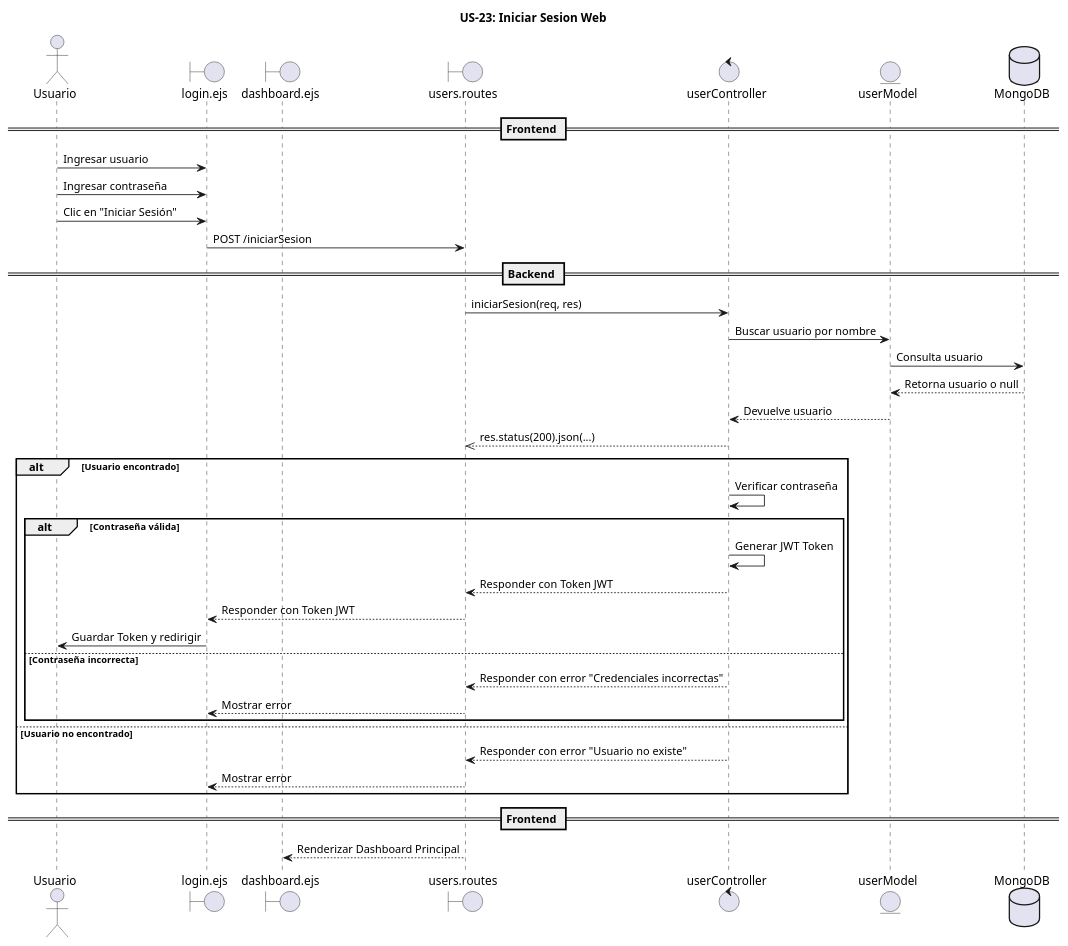
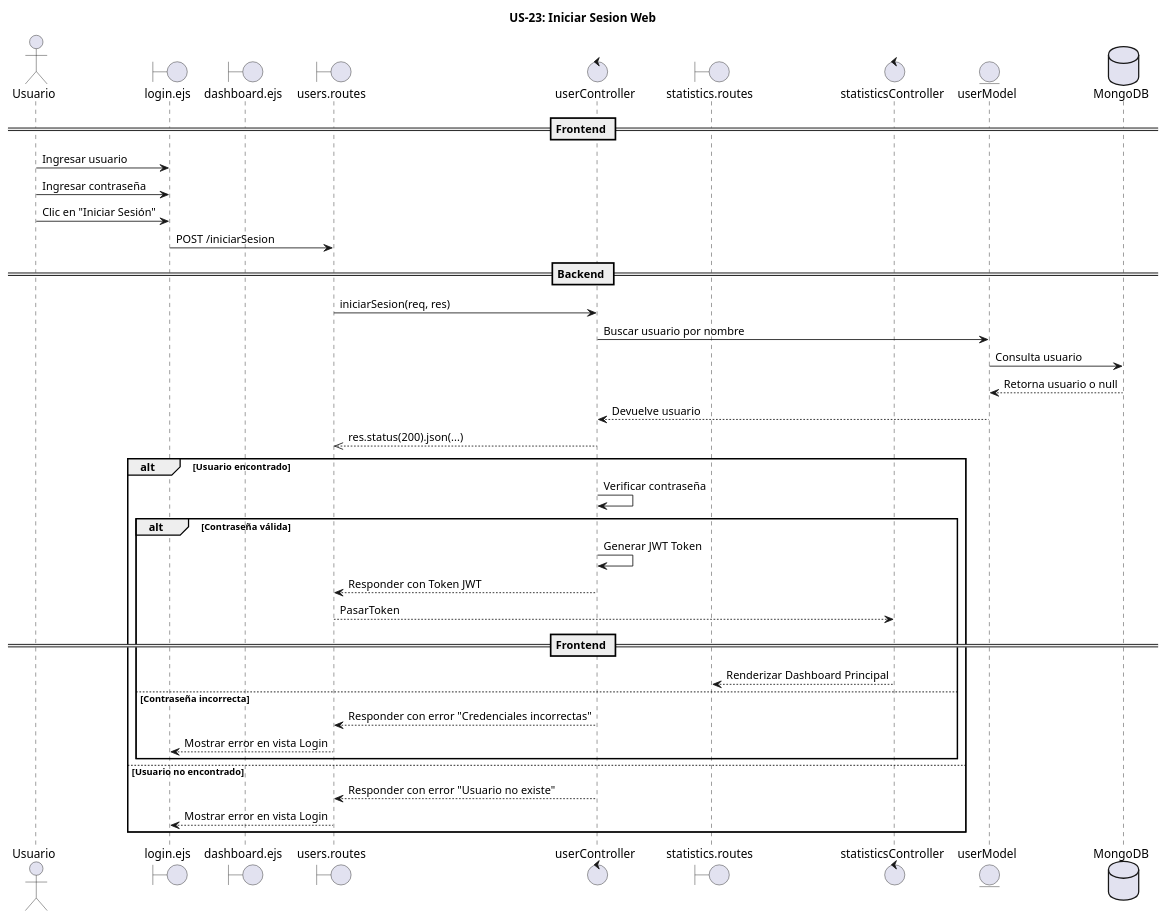
One commit to PIX3L-IT/dieselflow-dise-o changed the diagram in MVP/US-23-iniciarSesion/Web/US-23-iniciarSesion.puml. Above: the diagram before and after it, drawn with PlantUML. The commit also changed 1 other file, not shown here.

```diff
--- a/MVP/US-23-iniciarSesion/Web/US-23-iniciarSesion.puml
+++ b/MVP/US-23-iniciarSesion/Web/US-23-iniciarSesion.puml
@@ -1,46 +1,48 @@
 @startuml 
 title US-23: Iniciar Sesion Web
 
 actor Usuario as U
 
 boundary "login.ejs" as VistaLogin
 boundary "dashboard.ejs" as VistaDashboard
 boundary "users.routes" as Router
 control "userController" as Controller
+boundary "statistics.routes" as SRouter
+control "statisticsController" as SController
 entity "userModel" as Modelo
 database "MongoDB" as DB
 
 == Frontend ==
 U -> VistaLogin : Ingresar usuario
 U -> VistaLogin : Ingresar contraseña 
 U -> VistaLogin : Clic en "Iniciar Sesión"
 VistaLogin -> Router : POST /iniciarSesion
 
 == Backend ==
 Router -> Controller : iniciarSesion(req, res)
 Controller -> Modelo : Buscar usuario por nombre
 Modelo -> DB : Consulta usuario
 DB --> Modelo : Retorna usuario o null
 Modelo --> Controller : Devuelve usuario
 Controller -->> Router : res.status(200).json(...)
 
 alt Usuario encontrado
     Controller -> Controller : Verificar contraseña
     alt Contraseña válida
         Controller -> Controller : Generar JWT Token
         Controller --> Router : Responder con Token JWT
-        Router --> VistaLogin : Responder con Token JWT
-        VistaLogin -> U : Guardar Token y redirigir
+        Router --> SController : PasarToken
+        == Frontend ==
+        SController --> SRouter : Renderizar Dashboard Principal
+
     else Contraseña incorrecta
         Controller --> Router : Responder con error "Credenciales incorrectas"
-        Router --> VistaLogin : Mostrar error
+        Router --> VistaLogin : Mostrar error en vista Login
     end
 else Usuario no encontrado
     Controller --> Router : Responder con error "Usuario no existe"
-    Router --> VistaLogin : Mostrar error
+    Router --> VistaLogin : Mostrar error en vista Login
 end
 
-== Frontend ==
-Router --> VistaDashboard: Renderizar Dashboard Principal
 
 @enduml
```
